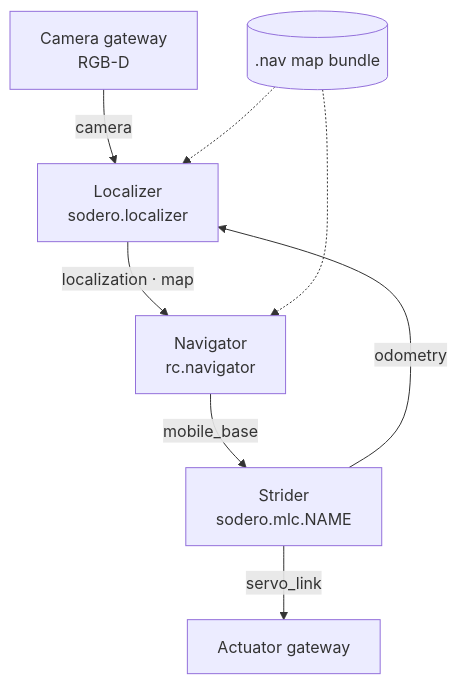
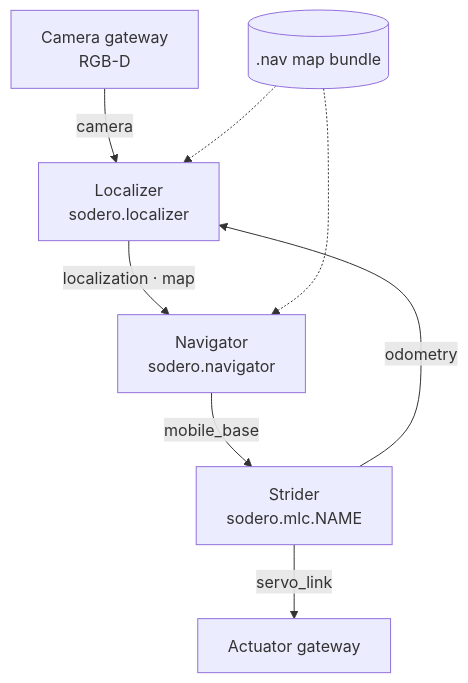
Before and after one commit to Sodero-labs/docs: the diagram in stellar-x/docs/navigation/overview/index.md, drawn with Mermaid. The commit also changed 16 other files, not shown here.

````diff
--- a/stellar-x/docs/navigation/overview/index.md
+++ b/stellar-x/docs/navigation/overview/index.md
@@ -9,10 +9,10 @@
 ```mermaid
 flowchart TB
     CAM["Camera gateway<br>RGB-D"] -- camera --> LOC["Localizer<br>sodero.localizer"]
     STR["Strider<br>sodero.mlc.NAME"] -- odometry --> LOC
-    LOC -- "localization · map" --> NAV["Navigator<br>rc.navigator"]
+    LOC -- "localization · map" --> NAV["Navigator<br>sodero.navigator"]
     NAV -- mobile_base --> STR
     MAP[(".nav map bundle")] -.-> LOC
     MAP -.-> NAV
     STR -- servo_link --> GW["Actuator gateway"]
 ```
````
